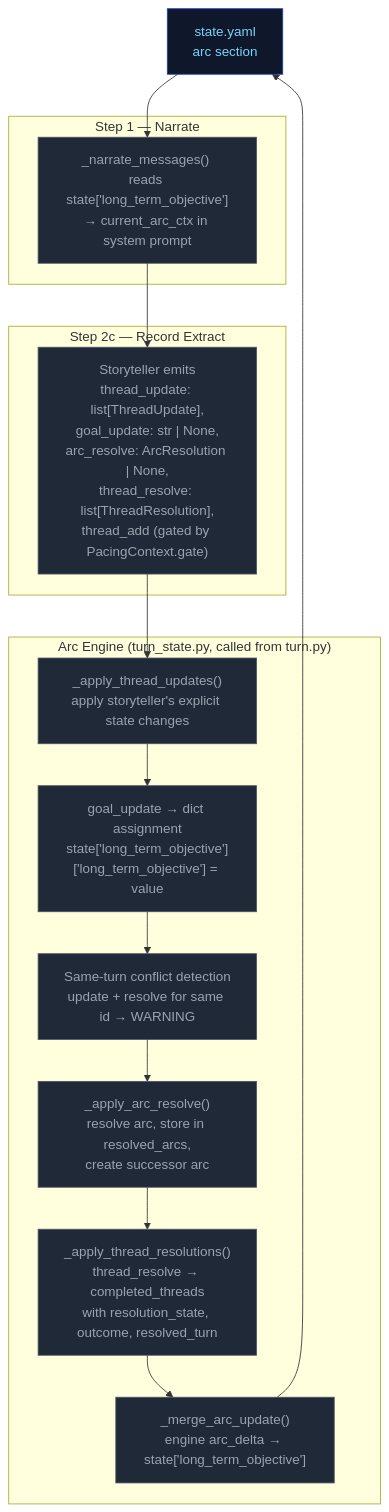
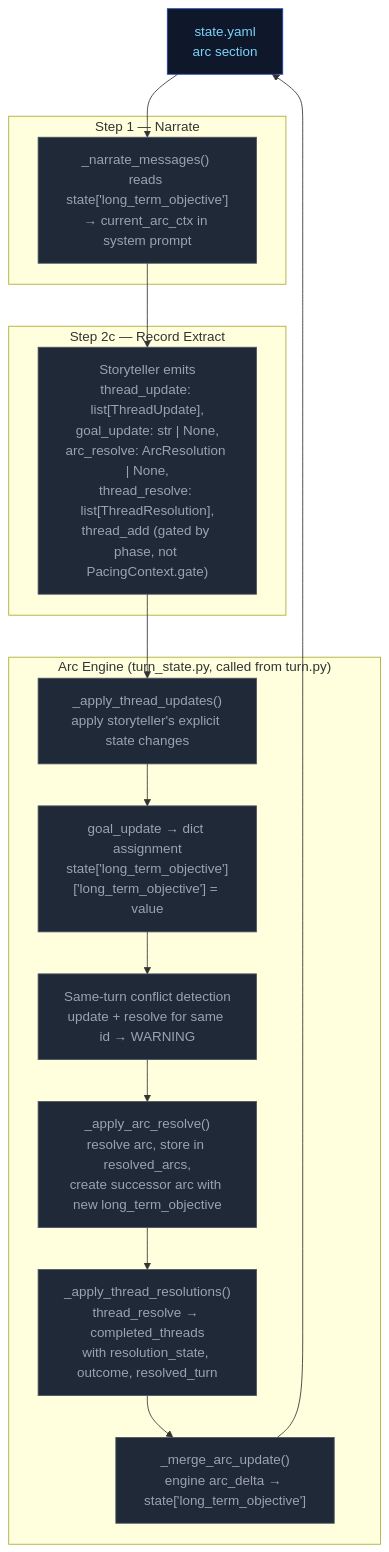
Before and after one commit to pww217/fablethread: the third of 3 diagrams in docs/architecture/step2c-record.md, drawn with Mermaid. The commit also changed other lines of this file and 17 other files, not shown here.

First line of the commit message:
docs: verify and fix architecture docs against source code

````diff
--- a/docs/architecture/step2c-record.md
+++ b/docs/architecture/step2c-record.md
@@ -148,34 +148,34 @@
 ```mermaid
 flowchart TD
     classDef stageRules fill:#4c1d95,color:#ddd6fe,stroke:#7c3aed
     classDef stageNarrate fill:#1e3a5f,color:#bfdbfe,stroke:#3b82f6
     classDef stageProgress fill:#500724,color:#fbcfe8,stroke:#ec4899
     classDef pyNode fill:#1f2937,color:#9ca3af,stroke:#4b5563
     classDef arcNode fill:#3b0764,color:#e9d5ff,stroke:#7c3aed
     classDef storageNode fill:#0f172a,color:#7dd3fc,stroke:#1e40af
 
     STATE["state.yaml<br>arc section"]:::storageNode
 
     subgraph NARRATE["Step 1 — Narrate"]
         N1["_narrate_messages() reads state['long_term_objective']<br>→ current_arc_ctx in system prompt"]:::pyNode
     end
 
     subgraph EXTRACT["Step 2c — Record Extract"]
-        E1["Storyteller emits<br>thread_update: list[ThreadUpdate],<br>goal_update: str | None,<br>arc_resolve: ArcResolution | None,<br>thread_resolve: list[ThreadResolution],<br>thread_add (gated by PacingContext.gate)"]:::pyNode
+        E1["Storyteller emits<br>thread_update: list[ThreadUpdate],<br>goal_update: str | None,<br>arc_resolve: ArcResolution | None,<br>thread_resolve: list[ThreadResolution],<br>thread_add (gated by phase, not PacingContext.gate)"]:::pyNode
     end
 
     subgraph ARC_ENGINE["Arc Engine (turn_state.py, called from turn.py)"]
         A1["_apply_thread_updates()<br>apply storyteller's explicit state changes"]:::pyNode
         A2["goal_update → dict assignment<br>state['long_term_objective']['long_term_objective'] = value"]:::pyNode
         A3["Same-turn conflict detection<br>update + resolve for same id → WARNING"]:::pyNode
-        A4["_apply_arc_resolve()<br>resolve arc, store in resolved_arcs,<br>create successor arc"]:::pyNode
+        A4["_apply_arc_resolve()<br>resolve arc, store in resolved_arcs,<br>create successor arc with new long_term_objective"]:::pyNode
         A5["_apply_thread_resolutions()<br>thread_resolve → completed_threads<br>with resolution_state, outcome, resolved_turn"]:::pyNode
         A6["_merge_arc_update()<br>engine arc_delta → state['long_term_objective']"]:::pyNode
     end
 
     STATE --> N1
     N1 --> E1
     E1 --> A1 --> A2 --> A3 --> A4 --> A5 --> A6
 
     A6 --> STATE
 ```
````
